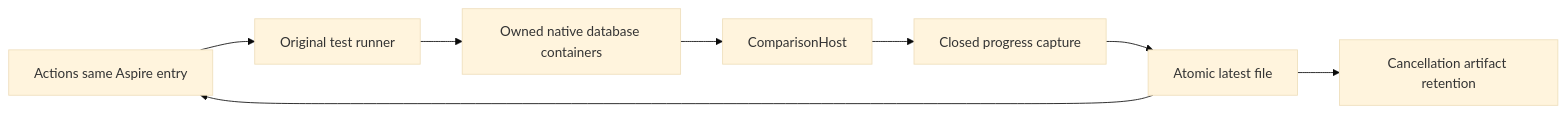
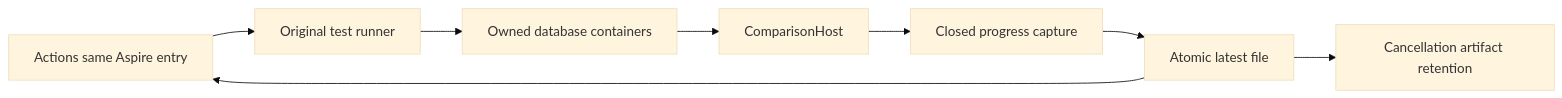
One commit to managedcode/KeyLoad changed the diagram in docs/ADR/ADR-085-live-benchmark-progress.md. Above: the diagram before and after it, drawn with Mermaid (base theme). The commit also changed other lines of this file and 9016 other files, not shown here.

````diff
--- a/docs/ADR/ADR-085-live-benchmark-progress.md
+++ b/docs/ADR/ADR-085-live-benchmark-progress.md
@@ -38,10 +38,10 @@
 ```mermaid
 flowchart LR
     Entry[Actions same Aspire entry] --> TUnit[Original test runner]
-    TUnit --> Aspire[Owned native database containers]
+    TUnit --> Aspire[Owned database containers]
     Aspire --> Host[ComparisonHost]
     Host --> Capture[Closed progress capture]
     Capture --> Latest[Atomic latest file]
     Latest --> Entry
     Latest --> Cleanup[Cancellation artifact retention]
 ```
````
